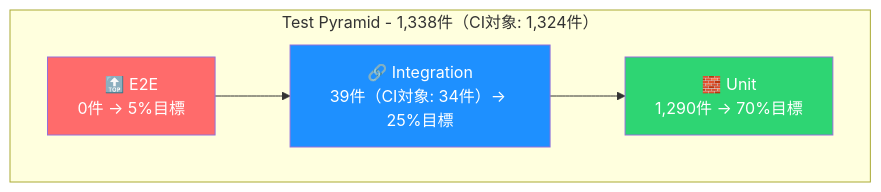
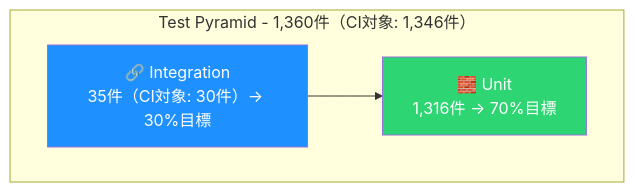
One commit to yaoki-dev/api-test-devops-portfolio changed the second of 3 diagrams in README.md. Above: the diagram before and after it, drawn with Mermaid. The commit also changed other lines of this file and 14 other files, not shown here.

````diff
--- a/README.md
+++ b/README.md
@@ -305,13 +304,11 @@
 ```mermaid
 graph TB
-    subgraph "Test Pyramid - 1,338件（CI対象: 1,324件）"
-        E2E["🔝 E2E<br/>0件 → 5%目標"]
-        Integration["🔗 Integration<br/>39件（CI対象: 34件）→ 25%目標"]
-        Unit["🧱 Unit<br/>1,290件 → 70%目標"]
+    subgraph "Test Pyramid - 1,360件（CI対象: 1,346件）"
+        Integration["🔗 Integration<br/>35件（CI対象: 30件）→ 30%目標"]
+        Unit["🧱 Unit<br/>1,316件 → 70%目標"]
     end
-    E2E --> Integration --> Unit
+    Integration --> Unit
 
-    style E2E fill:#ff6b6b,color:#fff
     style Integration fill:#1e90ff,color:#fff
     style Unit fill:#2ed573,color:#fff
 ```
````
